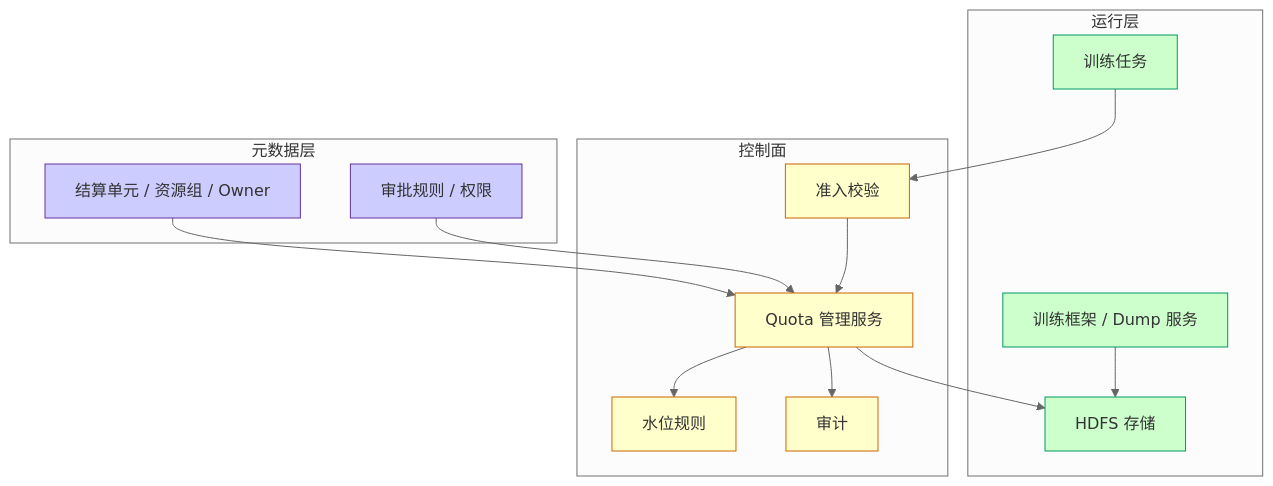
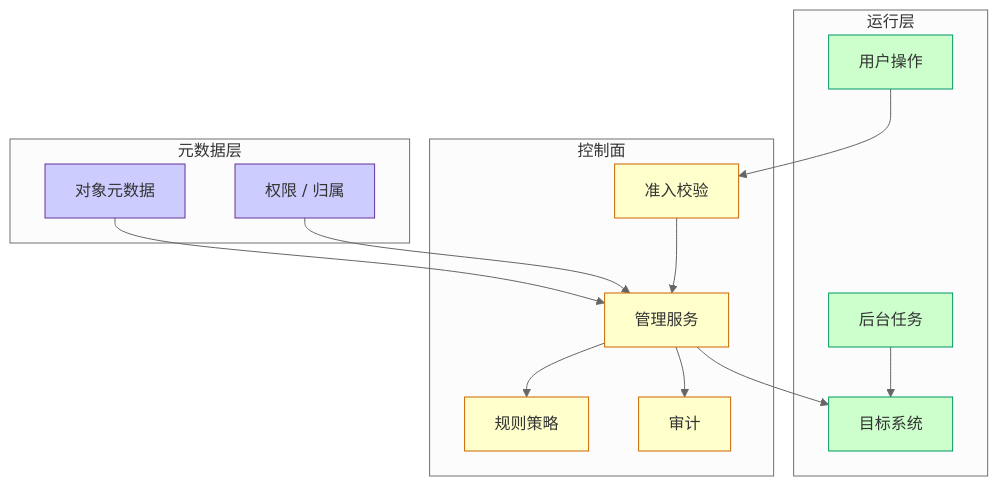
One commit to xyjunco/junco-skill changed the fourth of 9 diagrams in references/diagram-patterns.md. Above: the diagram before and after it, drawn with Mermaid (neutral theme). The commit also changed other lines of this file and 4 other files, not shown here.

````diff
--- a/references/diagram-patterns.md
+++ b/references/diagram-patterns.md
@@ -180,41 +180,41 @@
 ```mermaid
 graph TD
   subgraph Runtime["运行层"]
-    Job["训练任务"]
-    Framework["训练框架 / Dump 服务"]
-    HDFS["HDFS 存储"]
+    UserAction["用户操作"]
+    Worker["后台任务"]
+    TargetSystem["目标系统"]
   end
 
   subgraph Control["控制面"]
-    Quota["Quota 管理服务"]
+    Management["管理服务"]
     Admission["准入校验"]
-    Watermark["水位规则"]
+    Policy["规则策略"]
     Audit["审计"]
   end
 
   subgraph Metadata["元数据层"]
-    CMDB["结算单元 / 资源组 / Owner"]
-    Policy["审批规则 / 权限"]
+    ObjectMeta["对象元数据"]
+    Permission["权限 / 归属"]
   end
 
-  CMDB --> Quota
-  Policy --> Quota
-  Job --> Admission
-  Admission --> Quota
-  Quota --> Watermark
-  Quota --> HDFS
-  Framework --> HDFS
-  Quota --> Audit
+  ObjectMeta --> Management
+  Permission --> Management
+  UserAction --> Admission
+  Admission --> Management
+  Management --> Policy
+  Management --> TargetSystem
+  Worker --> TargetSystem
+  Management --> Audit
 
-  class Job,Framework,HDFS runtime;
-  class Quota,Admission,Watermark,Audit control;
-  class CMDB,Policy data;
+  class UserAction,Worker,TargetSystem runtime;
+  class Management,Admission,Policy,Audit control;
+  class ObjectMeta,Permission data;
 
   classDef actor fill:#FFCC99,stroke:#CC6600,color:#333333;
   classDef core fill:#CCFFFF,stroke:#0066CC,color:#333333;
   classDef runtime fill:#CCFFCC,stroke:#009966,color:#333333;
   classDef control fill:#FFFFCC,stroke:#CC6600,color:#333333;
   classDef data fill:#CCCCFF,stroke:#663399,color:#333333;
   classDef risk fill:#FFCCCC,stroke:#CC3333,color:#333333;
   classDef neutral fill:#FFFFFF,stroke:#999999,color:#333333;
 ```
````
